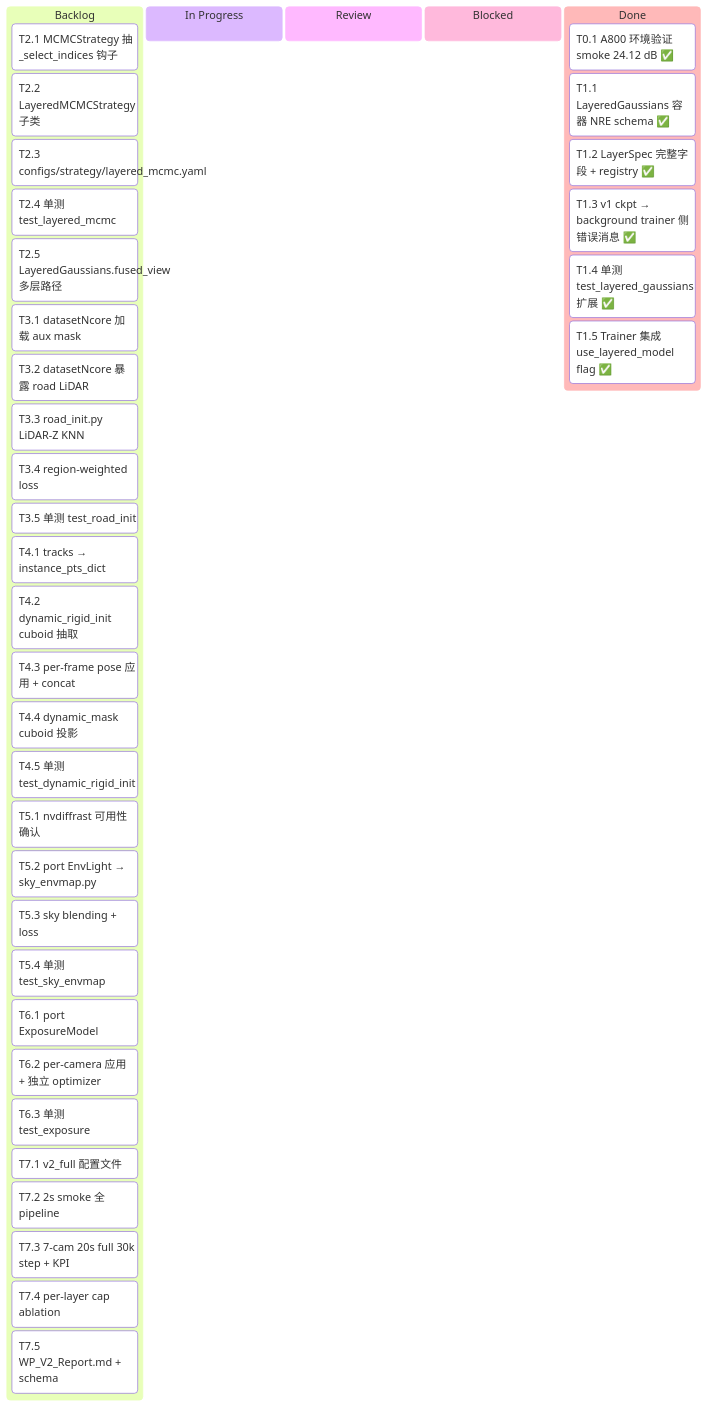
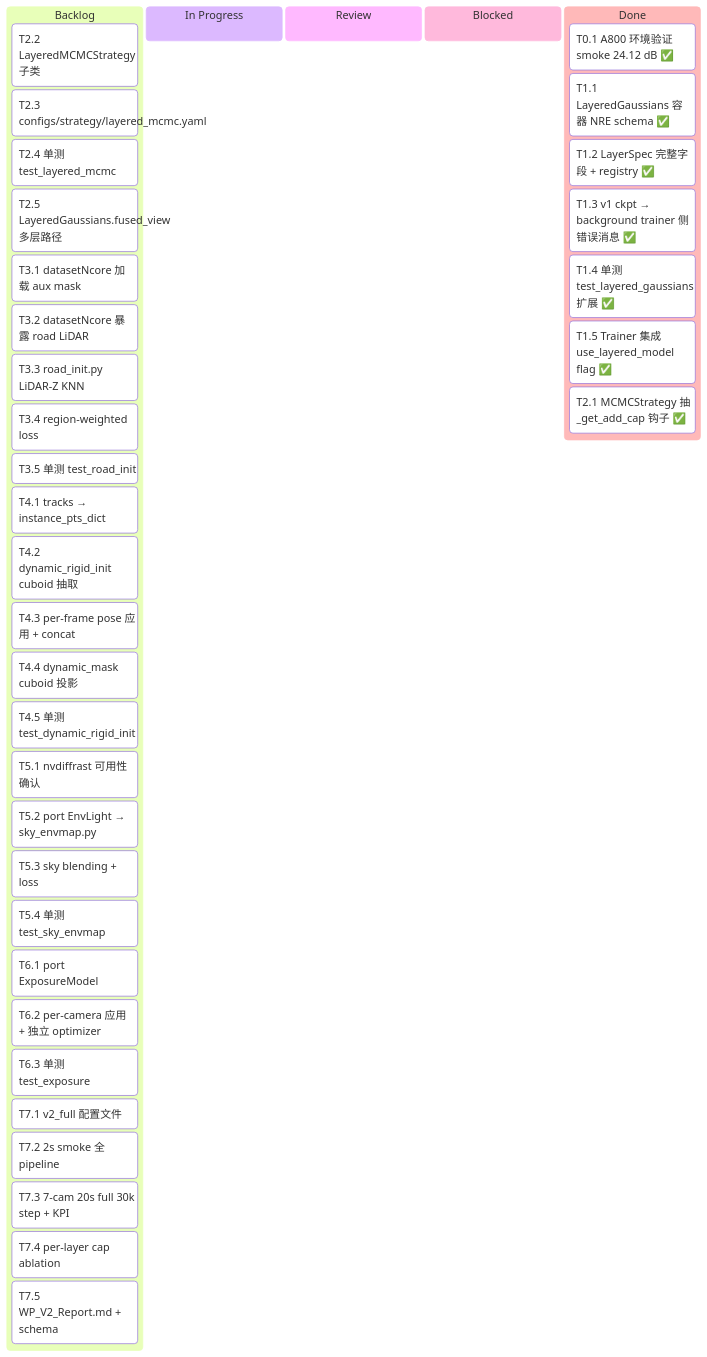
Before and after one commit to etendue/3dgrut: the first of 3 diagrams in v2_plan.md, drawn with Mermaid. The commit also changed other lines of this file and 1 other file, not shown here.

````diff
--- a/v2_plan.md
+++ b/v2_plan.md
@@ -39,41 +39,41 @@
 ```mermaid
 kanban
   Backlog
-    [T2.1 MCMCStrategy 抽 _select_indices 钩子]
     [T2.2 LayeredMCMCStrategy 子类]
     [T2.3 configs/strategy/layered_mcmc.yaml]
     [T2.4 单测 test_layered_mcmc]
     [T2.5 LayeredGaussians.fused_view 多层路径]
     [T3.1 datasetNcore 加载 aux mask]
     [T3.2 datasetNcore 暴露 road LiDAR]
     [T3.3 road_init.py LiDAR-Z KNN]
     [T3.4 region-weighted loss]
     [T3.5 单测 test_road_init]
     [T4.1 tracks → instance_pts_dict]
     [T4.2 dynamic_rigid_init cuboid 抽取]
     [T4.3 per-frame pose 应用 + concat]
     [T4.4 dynamic_mask cuboid 投影]
     [T4.5 单测 test_dynamic_rigid_init]
     [T5.1 nvdiffrast 可用性确认]
     [T5.2 port EnvLight → sky_envmap.py]
     [T5.3 sky blending + loss]
     [T5.4 单测 test_sky_envmap]
     [T6.1 port ExposureModel]
     [T6.2 per-camera 应用 + 独立 optimizer]
     [T6.3 单测 test_exposure]
     [T7.1 v2_full 配置文件]
     [T7.2 2s smoke 全 pipeline]
     [T7.3 7-cam 20s full 30k step + KPI]
     [T7.4 per-layer cap ablation]
     [T7.5 WP_V2_Report.md + schema]
   In Progress
   Review
   Blocked
   Done
     [T0.1 A800 环境验证 smoke 24.12 dB ✅]
     [T1.1 LayeredGaussians 容器 NRE schema ✅]
     [T1.2 LayerSpec 完整字段 + registry ✅]
     [T1.3 v1 ckpt → background trainer 侧错误消息 ✅]
     [T1.4 单测 test_layered_gaussians 扩展 ✅]
     [T1.5 Trainer 集成 use_layered_model flag ✅]
+    [T2.1 MCMCStrategy 抽 _get_add_cap 钩子 ✅]
 ```
````
